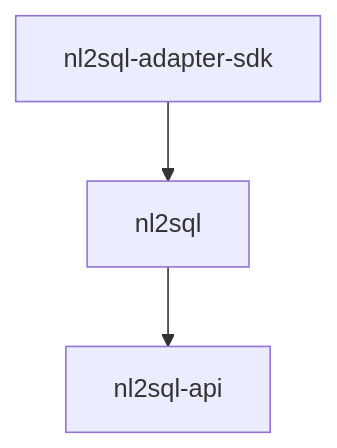
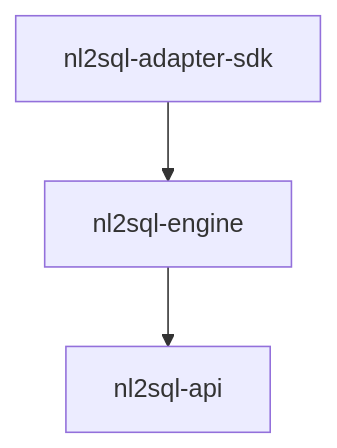
One commit to nadeem4/nl2sql changed the second of 2 diagrams in docs/development/releasing.md. Above: the diagram before and after it, drawn with Mermaid. The commit also changed other lines of this file and 18 other files, not shown here.

Commit message:
chore: rename the published distribution to nl2sql-engine

````diff
--- a/docs/development/releasing.md
+++ b/docs/development/releasing.md
@@ -161,5 +173,5 @@
 ```mermaid
 flowchart TD
-    SDK[nl2sql-adapter-sdk] --> CORE[nl2sql]
+    SDK[nl2sql-adapter-sdk] --> CORE[nl2sql-engine]
     CORE --> API[nl2sql-api]
 ```
````
